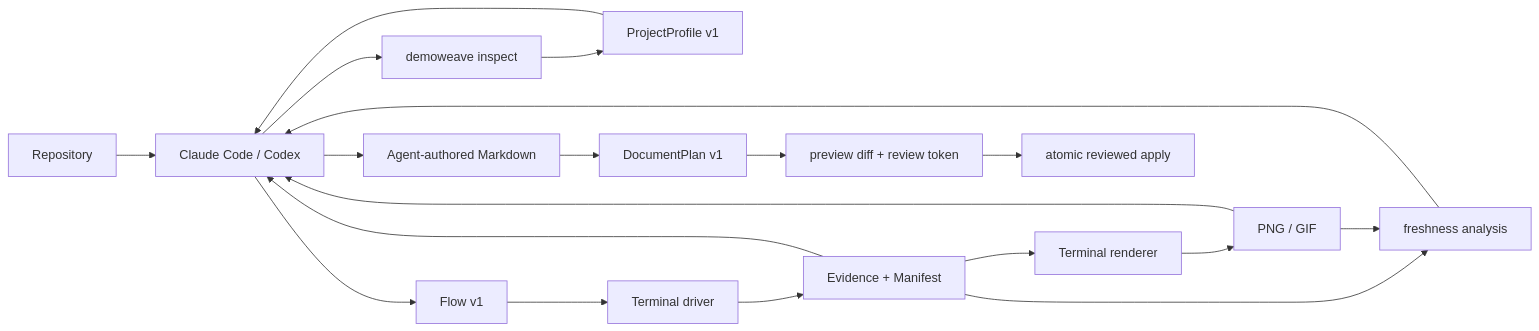
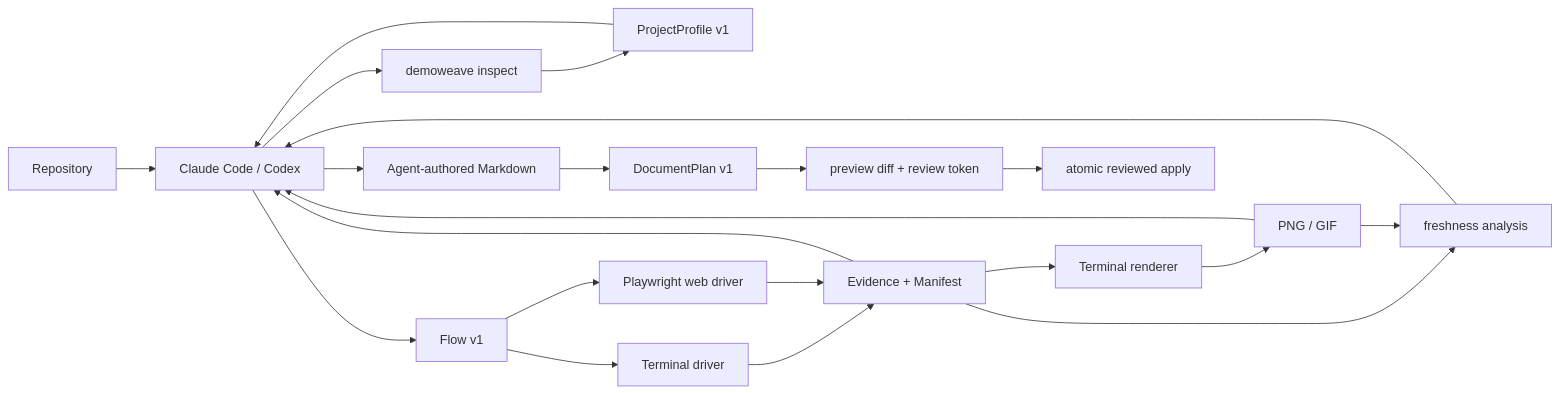
One commit to KingHacker9000/demoweave changed the diagram in README.md. Above: the diagram before and after it, drawn with Mermaid. The commit also changed other lines of this file, not shown here.

Commit message:
docs(m7): document shipped Playwright web driver

````diff
--- a/README.md
+++ b/README.md
@@ -45,21 +46,23 @@
 ```mermaid
 flowchart LR
     R["Repository"] --> A["Claude Code / Codex"]
     A --> I["demoweave inspect"]
     I --> P["ProjectProfile v1"]
     P --> A
     A --> F["Flow v1"]
-    F --> D["Terminal driver"]
-    D --> E["Evidence + Manifest"]
+    F --> T["Terminal driver"]
+    F --> B["Playwright web driver"]
+    T --> E["Evidence + Manifest"]
+    B --> E
     E --> V["Terminal renderer"]
     V --> M["PNG / GIF"]
     E --> S["freshness analysis"]
     M --> S
     S --> A
     E --> A
     M --> A
     A --> W["Agent-authored Markdown"]
     W --> DP["DocumentPlan v1"]
     DP --> RV["preview diff + review token"]
     RV --> AP["atomic reviewed apply"]
 ```
````
